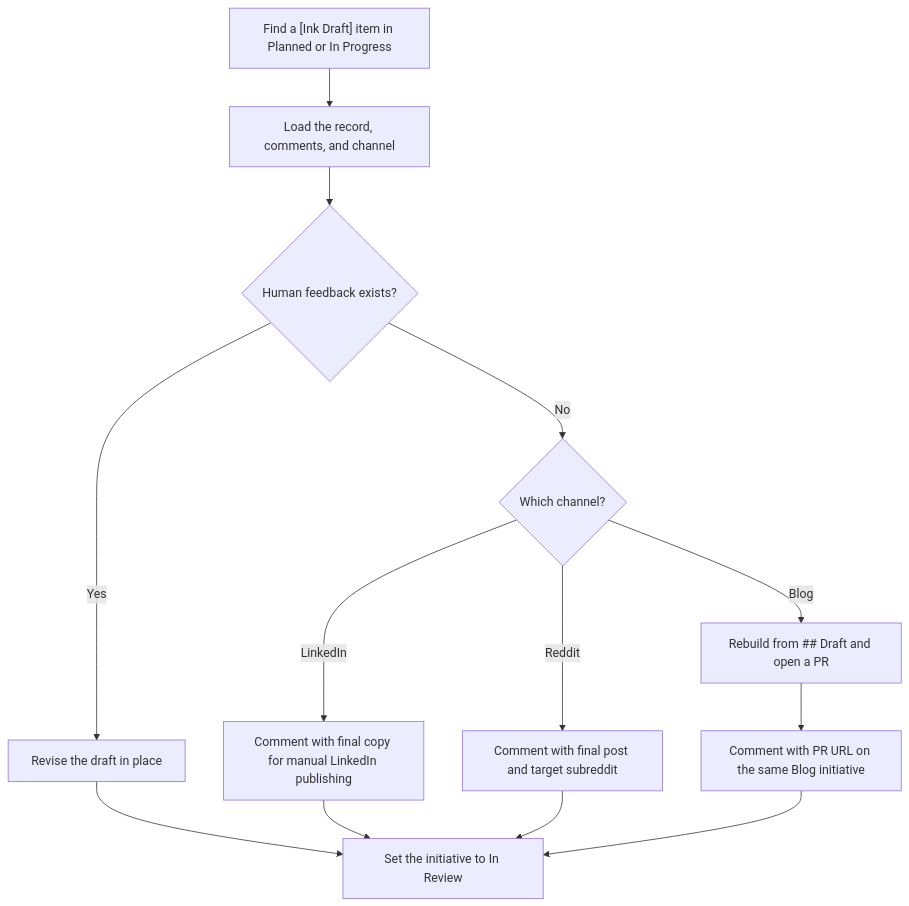
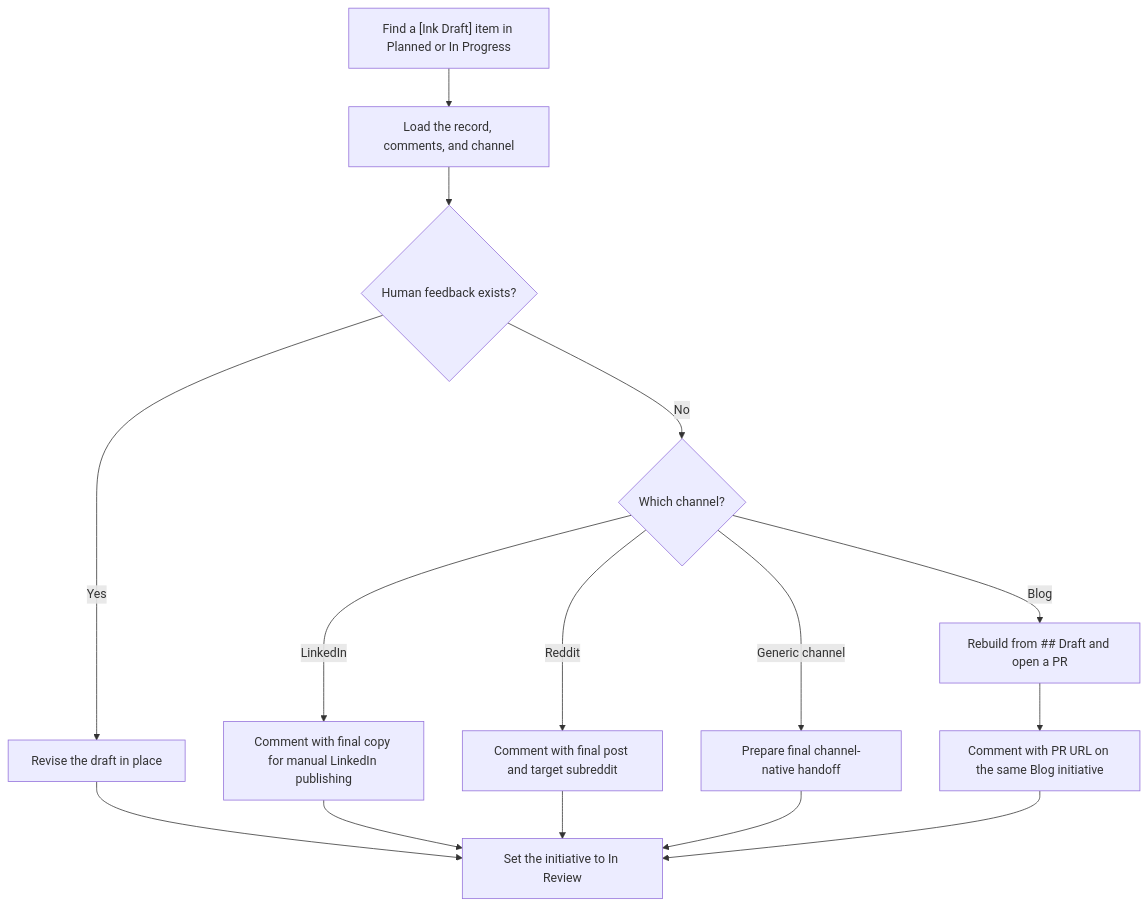
Before and after one commit to onehorizonai/ink: the fifth of 5 diagrams in README.md, drawn with Mermaid. The commit also changed other lines of this file and 90 other files, not shown here.

````diff
--- a/README.md
+++ b/README.md
@@ -458,15 +504,17 @@
 ```mermaid
 flowchart TD
     A["Find a [Ink Draft] item in Planned or In Progress"] --> B["Load the record, comments, and channel"]
     B --> C{"Human feedback exists?"}
     C -- "Yes" --> D["Revise the draft in place"]
     D --> E["Set the initiative to In Review"]
     C -- "No" --> F{"Which channel?"}
     F -- "LinkedIn" --> G["Comment with final copy for manual LinkedIn publishing"]
     F -- "Reddit" --> H["Comment with final post and target subreddit"]
     F -- "Blog" --> I["Rebuild from ## Draft and open a PR"]
+    F -- "Generic channel" --> K["Prepare final channel-native handoff"]
     G --> E
     H --> E
+    K --> E
     I --> J["Comment with PR URL on the same Blog initiative"]
     J --> E
 ```
````
